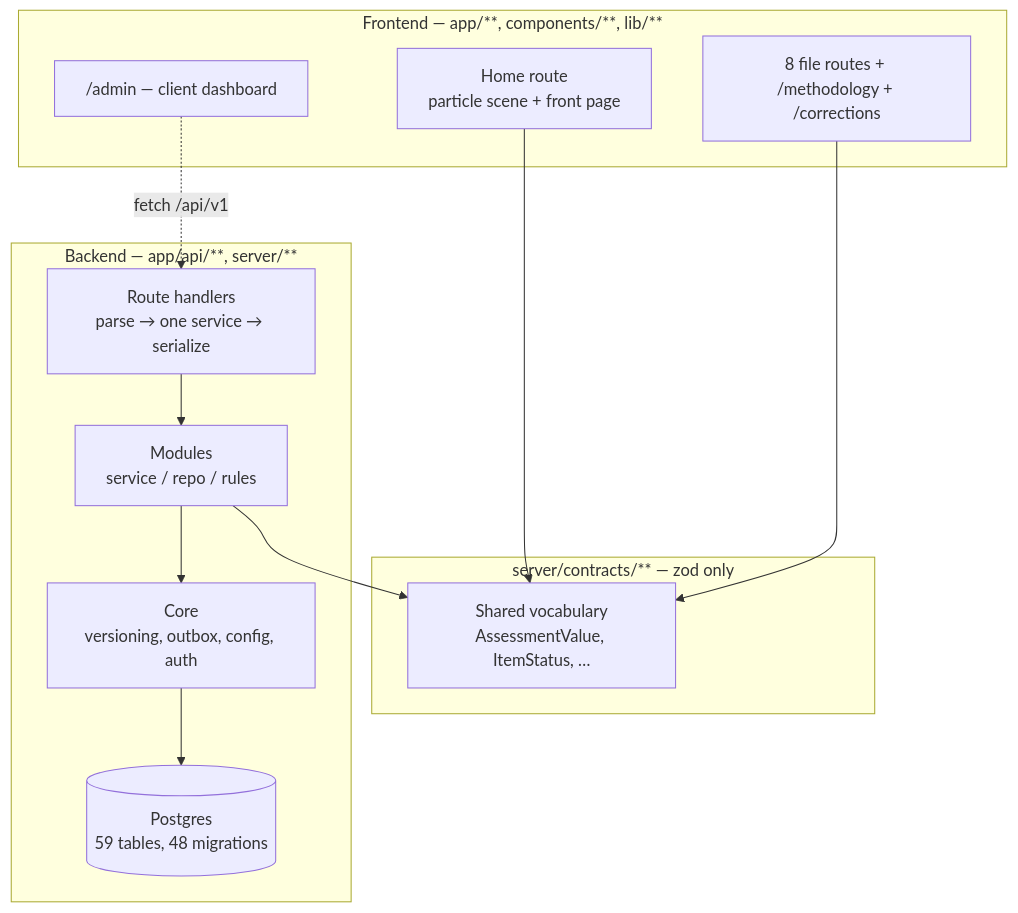
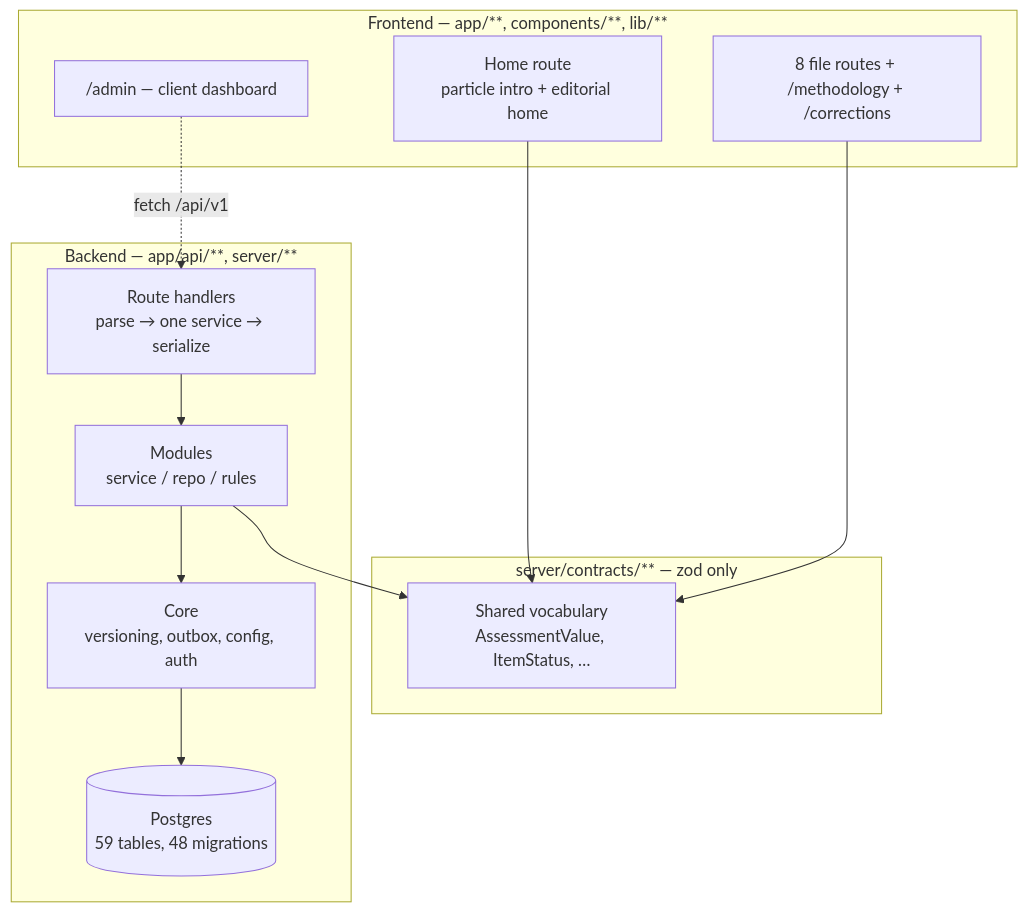
The first of 6 diagrams in docs/architecture.md (lions-admin/lions-of-zion), drawn with Mermaid before and after one commit. The commit also changed other lines of this file and 114 other files, not shown here.

First line of the commit message:
refactor: delete the radial particle navigation, keep the cinematic intro

````diff
--- a/docs/architecture.md
+++ b/docs/architecture.md
@@ -34,25 +34,25 @@
 ```mermaid
 flowchart TB
     subgraph FE["Frontend — app/**, components/**, lib/**"]
-        Home["Home route<br/>particle scene + front page"]
+        Home["Home route<br/>particle intro + editorial home"]
         Docs["8 file routes + /methodology + /corrections"]
         Admin["/admin — client dashboard"]
     end
 
     subgraph Contracts["server/contracts/** — zod only"]
         Vocab["Shared vocabulary<br/>AssessmentValue, ItemStatus, …"]
     end
 
     subgraph BE["Backend — app/api/**, server/**"]
         Routes["Route handlers<br/>parse → one service → serialize"]
         Modules["Modules<br/>service / repo / rules"]
         Core["Core<br/>versioning, outbox, config, auth"]
         DB[("Postgres<br/>59 tables, 48 migrations")]
     end
 
     Home --> Vocab
     Docs --> Vocab
     Modules --> Vocab
     Admin -.->|"fetch /api/v1"| Routes
     Routes --> Modules --> Core --> DB
 ```
````
